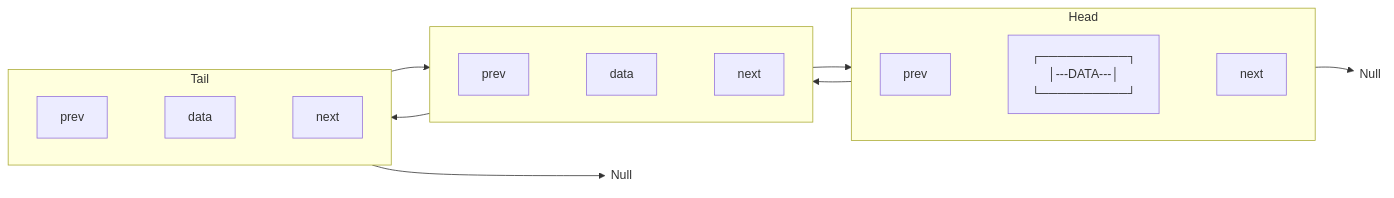
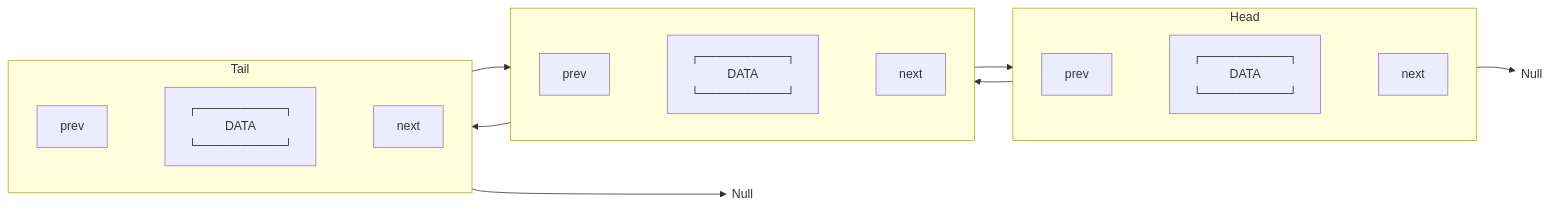
One commit to ViktSh-SPb/Java-Learn changed the second of 3 diagrams in README.md. Above: the diagram before and after it, drawn with Mermaid. The commit also changed other lines of this file, not shown here.

````diff
--- a/README.md
+++ b/README.md
@@ -42,27 +48,31 @@
 ```mermaid
 %%{init: {'config': {'width': '100%', 'useMaxWidth': true}}}%%
 flowchart LR
 	NodeH@{ shape: text, label: "Null" } ~~~ NodeA
     subgraph NodeA["Head"]
         direction LR
         A_prev[prev] ~~~ A_val[┌──────────┐
-        │---DATA---│
+        DATA
         └──────────┘] ~~~ A_next[next]
     end
     subgraph NodeB[" "]
         direction LR
-        B_prev[prev] ~~~ B_val[data] ~~~ B_next[next]
+        B_prev[prev] ~~~ B_val[┌──────────┐
+        DATA
+        └──────────┘] ~~~ B_next[next]
     end
     subgraph NodeC["Tail"]
         direction LR
-        С_prev[prev] ~~~C_val[data] ~~~ C_next[next]
+        С_prev[prev] ~~~C_val[┌──────────┐
+        DATA
+        └──────────┘] ~~~ C_next[next]
     end
     A_next --> NodeB
     B_next --> NodeC
     С_prev --> NodeB
     B_prev --> NodeA
     C_next --> NodeT@{ shape: text, label: "Null" }
     A_prev --> NodeH
     
 
 ```
````
